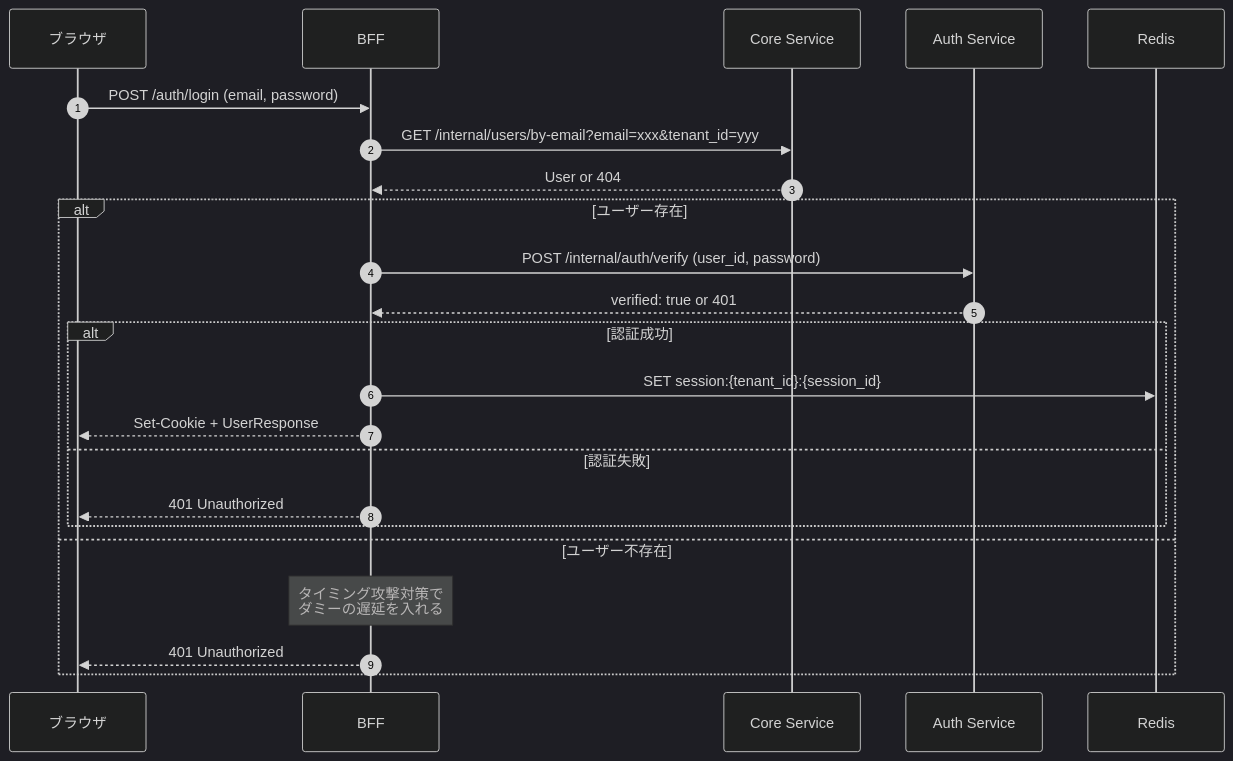
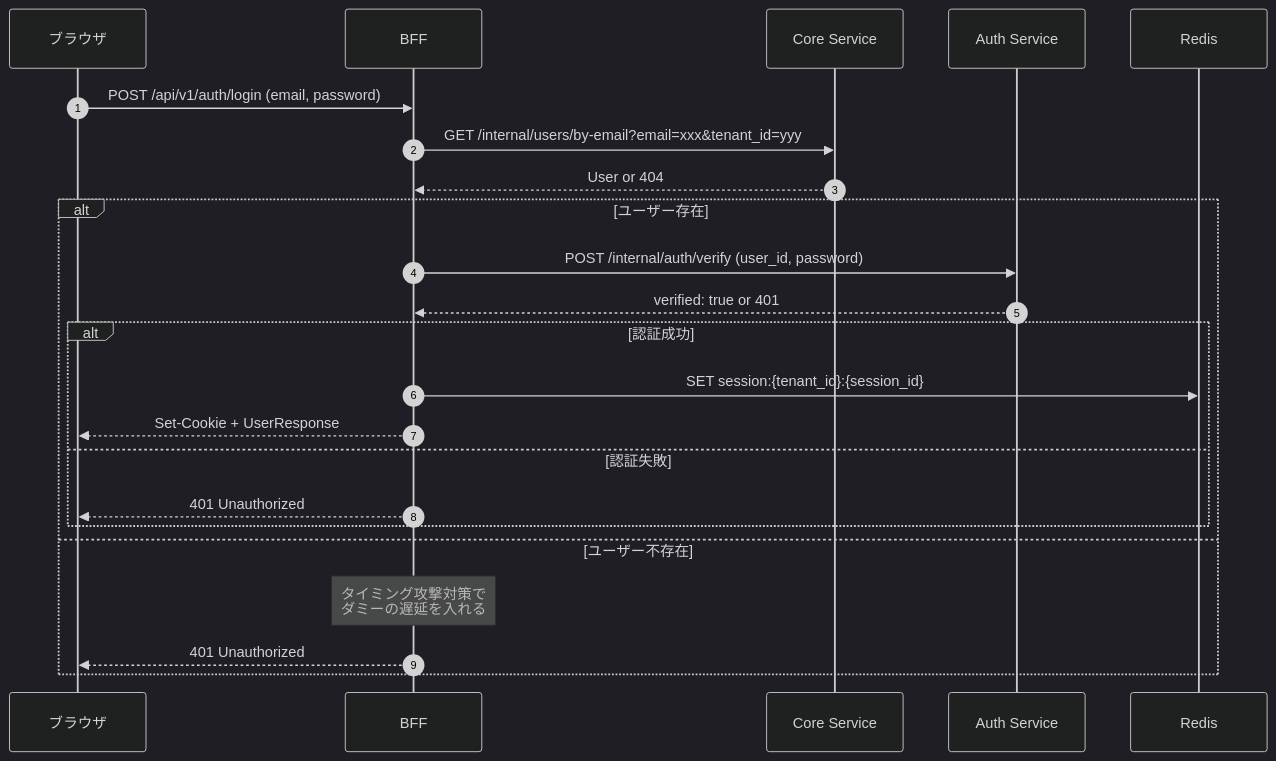
One commit to ka2kama/ringiflow changed the third of 6 diagrams in docs/03_詳細設計書/08_AuthService設計.md. Above: the diagram before and after it, drawn with Mermaid (dark theme). The commit also changed other lines of this file and 20 other files, not shown here.

First line of the commit message:
#146 Unify auth API paths under /api/v1 (#172)

````diff
--- a/docs/03_詳細設計書/08_AuthService設計.md
+++ b/docs/03_詳細設計書/08_AuthService設計.md
@@ -307,26 +307,26 @@
 ```mermaid
 sequenceDiagram
     autonumber
     participant Browser as ブラウザ
     participant BFF as BFF
     participant Core as Core Service
     participant Auth as Auth Service
     participant Redis as Redis
 
-    Browser->>BFF: POST /auth/login (email, password)
+    Browser->>BFF: POST /api/v1/auth/login (email, password)
     BFF->>Core: GET /internal/users/by-email?email=xxx&tenant_id=yyy
     Core-->>BFF: User or 404
     alt ユーザー存在
         BFF->>Auth: POST /internal/auth/verify (user_id, password)
         Auth-->>BFF: verified: true or 401
         alt 認証成功
             BFF->>Redis: SET session:{tenant_id}:{session_id}
             BFF-->>Browser: Set-Cookie + UserResponse
         else 認証失敗
             BFF-->>Browser: 401 Unauthorized
         end
     else ユーザー不存在
         Note over BFF: タイミング攻撃対策で<br/>ダミーの遅延を入れる
         BFF-->>Browser: 401 Unauthorized
     end
 ```
````
